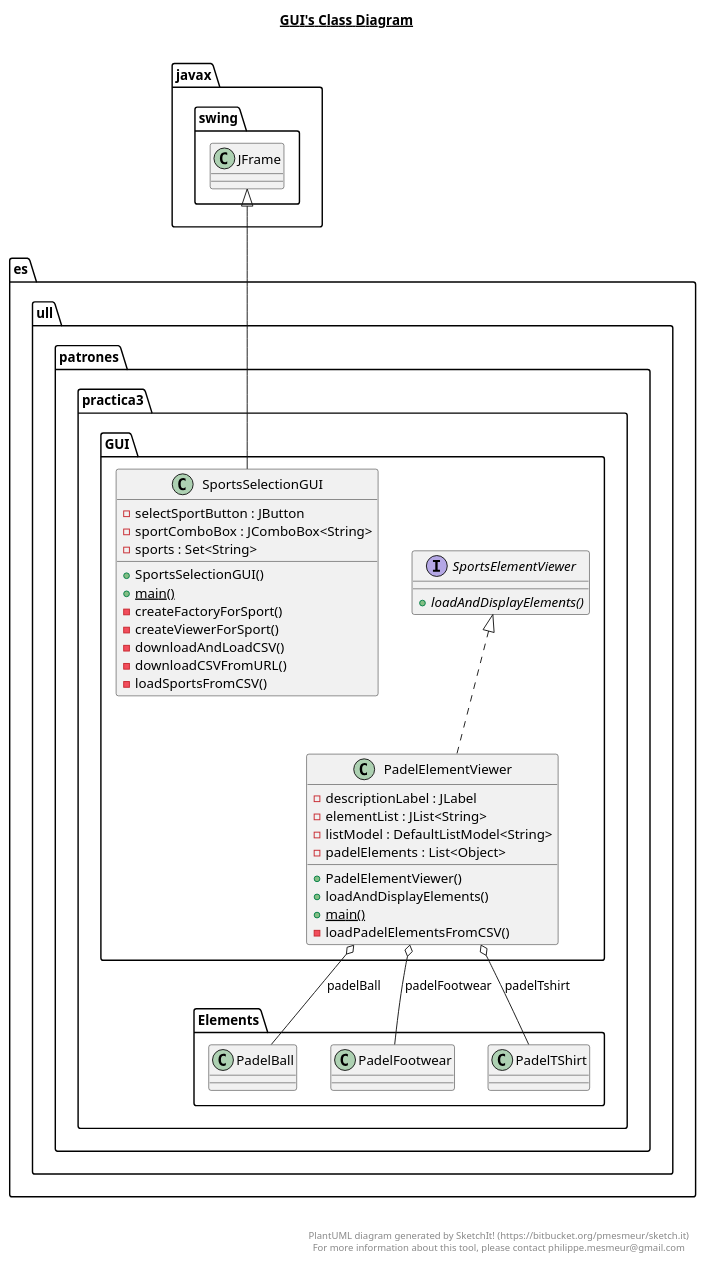
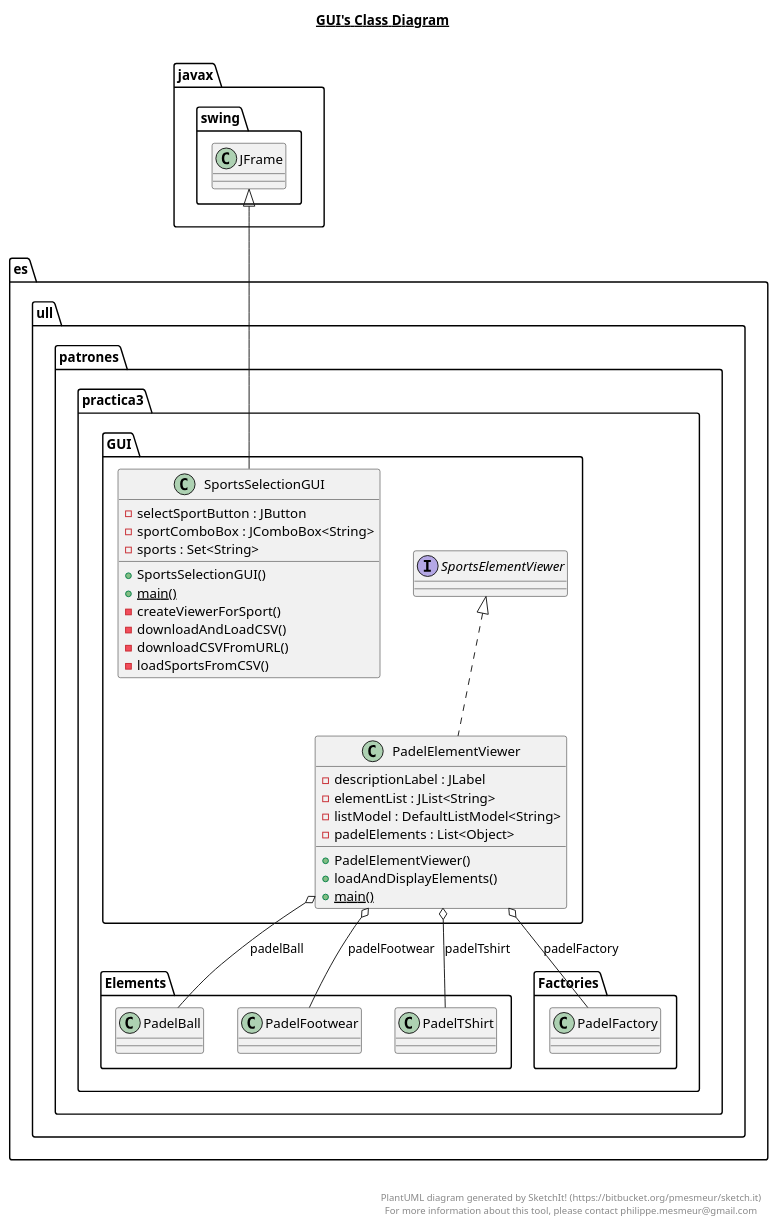
Before and after one commit to garciarodrigo99/AbstractFactory: the diagram in src/main/java/es/ull/patrones/practica3/GUI/GUI.plantuml, drawn with PlantUML. The commit also changed 17 other files, not shown here.

```diff
--- a/src/main/java/es/ull/patrones/practica3/GUI/GUI.plantuml
+++ b/src/main/java/es/ull/patrones/practica3/GUI/GUI.plantuml
@@ -1,62 +1,54 @@
 @startuml
 
 title __GUI's Class Diagram__\n
 
-  namespace es.ull.patrones.practica3 {
-    namespace GUI {
-      class es.ull.patrones.practica3.GUI.PadelElementViewer {
-          - descriptionLabel : JLabel
-          - elementList : JList<String>
-          - listModel : DefaultListModel<String>
-          - padelElements : List<Object>
-          + PadelElementViewer()
-          + loadAndDisplayElements()
-          {static} + main()
-          - loadPadelElementsFromCSV()
-      }
+  namespace es.ull.patrones.practica3.GUI {
+    class es.ull.patrones.practica3.GUI.PadelElementViewer {
+        - descriptionLabel : JLabel
+        - elementList : JList<String>
+        - listModel : DefaultListModel<String>
+        - padelElements : List<Object>
+        + PadelElementViewer()
+        + loadAndDisplayElements()
+        {static} + main()
     }
   }
   
 
-  namespace es.ull.patrones.practica3 {
-    namespace GUI {
-      interface es.ull.patrones.practica3.GUI.SportsElementViewer {
-          {abstract} + loadAndDisplayElements()
-      }
+  namespace es.ull.patrones.practica3.GUI {
+    interface es.ull.patrones.practica3.GUI.SportsElementViewer {
     }
   }
   
 
-  namespace es.ull.patrones.practica3 {
-    namespace GUI {
-      class es.ull.patrones.practica3.GUI.SportsSelectionGUI {
-          - selectSportButton : JButton
-          - sportComboBox : JComboBox<String>
-          - sports : Set<String>
-          + SportsSelectionGUI()
-          {static} + main()
-          - createFactoryForSport()
-          - createViewerForSport()
-          - downloadAndLoadCSV()
-          - downloadCSVFromURL()
-          - loadSportsFromCSV()
-      }
+  namespace es.ull.patrones.practica3.GUI {
+    class es.ull.patrones.practica3.GUI.SportsSelectionGUI {
+        - selectSportButton : JButton
+        - sportComboBox : JComboBox<String>
+        - sports : Set<String>
+        + SportsSelectionGUI()
+        {static} + main()
+        - createViewerForSport()
+        - downloadAndLoadCSV()
+        - downloadCSVFromURL()
+        - loadSportsFromCSV()
     }
   }
   
 
   es.ull.patrones.practica3.GUI.PadelElementViewer .up.|> es.ull.patrones.practica3.GUI.SportsElementViewer
   es.ull.patrones.practica3.GUI.PadelElementViewer o-- es.ull.patrones.practica3.Elements.PadelBall : padelBall
+  es.ull.patrones.practica3.GUI.PadelElementViewer o-- es.ull.patrones.practica3.Factories.PadelFactory : padelFactory
   es.ull.patrones.practica3.GUI.PadelElementViewer o-- es.ull.patrones.practica3.Elements.PadelFootwear : padelFootwear
   es.ull.patrones.practica3.GUI.PadelElementViewer o-- es.ull.patrones.practica3.Elements.PadelTShirt : padelTshirt
   es.ull.patrones.practica3.GUI.SportsSelectionGUI -up-|> javax.swing.JFrame
 
 
 right footer
 
 
 PlantUML diagram generated by SketchIt! (https://bitbucket.org/pmesmeur/sketch.it)
 For more information about this tool, please contact philippe.mesmeur@gmail.com
 endfooter
 
 @enduml
```
